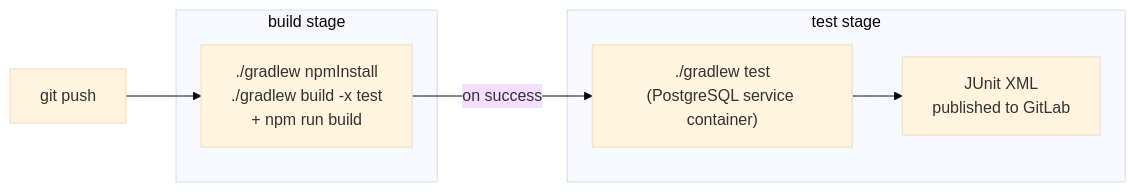
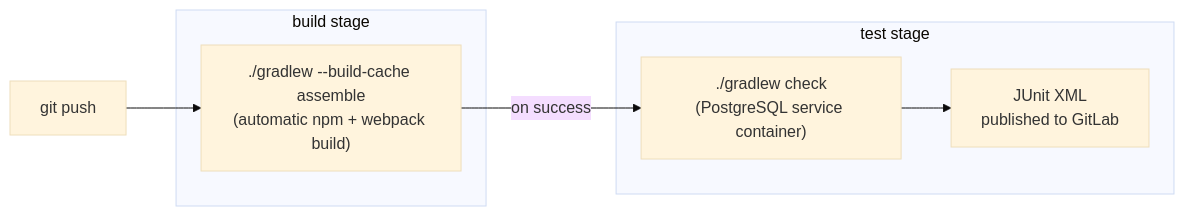
The fifth of 7 diagrams in README.md (Nister37/TrafficLights), drawn with Mermaid (base theme) before and after one commit. The commit also changed other lines of this file and 4 other files, not shown here.

````diff
--- a/README.md
+++ b/README.md
@@ -298,16 +307,16 @@
 ```mermaid
 flowchart LR
     Push["git push"] --> Build
 
     subgraph build stage
-        Build["./gradlew npmInstall\n./gradlew build -x test\n+ npm run build"]
+        Build["./gradlew --build-cache assemble\n(automatic npm + webpack build)"]
     end
 
     subgraph test stage
-        Test["./gradlew test\n(PostgreSQL service container)"]
+        Test["./gradlew check\n(PostgreSQL service container)"]
         Report["JUnit XML\npublished to GitLab"]
     end
 
     Build -- "on success" --> Test
     Test --> Report
 ```
````
